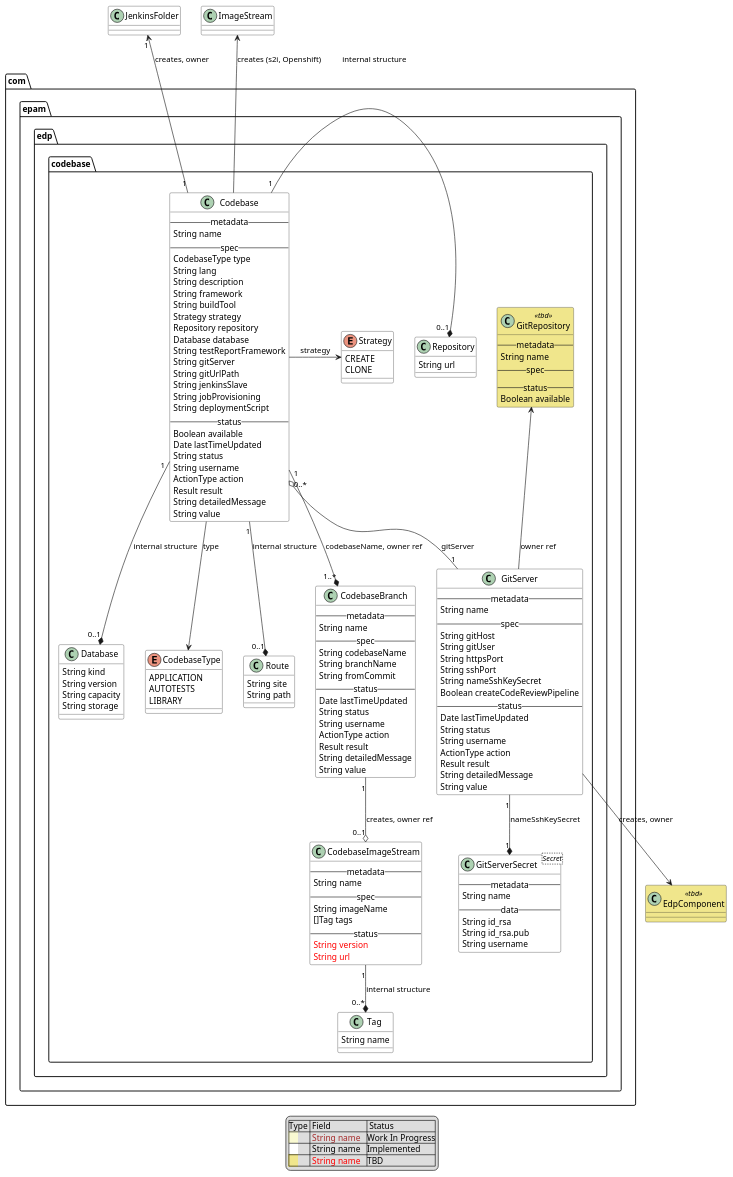
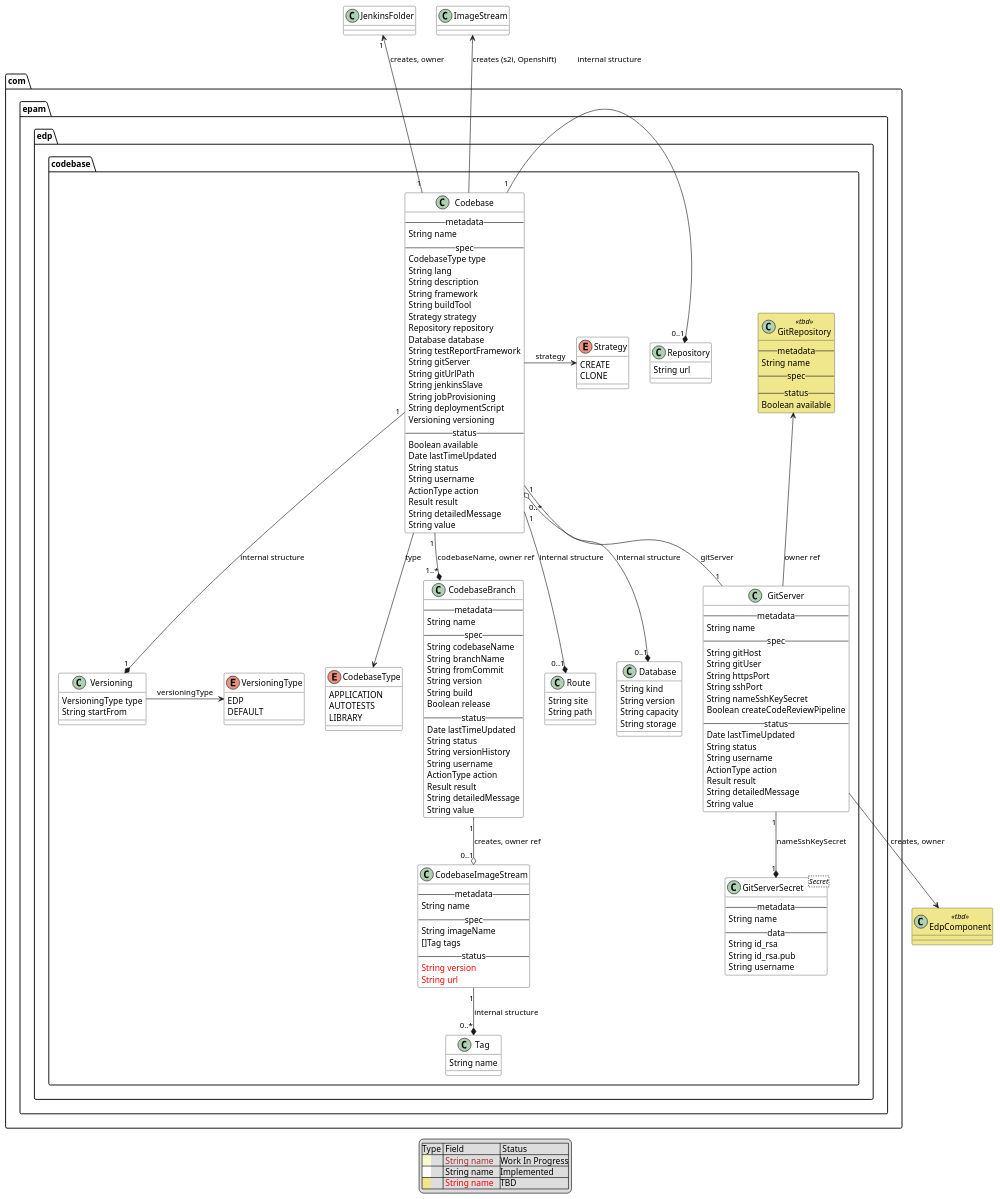
The diagram in documentation/puml/arch.puml (epam/edp-codebase-operator), drawn with PlantUML before and after one commit. The commit also changed 5 other files, not shown here.

Commit message:
[EPMDEDP-4775] Modify codebase and cbb specs to store release and release history

```diff
--- a/documentation/puml/arch.puml
+++ b/documentation/puml/arch.puml
@@ -1,164 +1,181 @@
 @startuml
 
 skinparam class {
     BackgroundColor #white
 	BackgroundColor<<wip>> LightGoldenRodYellow
 	BackgroundColor<<tbd>> Khaki
 }
 
 package com.epam.edp.codebase {
 
   class Codebase {
     -- metadata --
         String name
     -- spec --
         CodebaseType type
         String lang
         String description
         String framework
         String buildTool
         Strategy strategy
         Repository repository
         Database database
         String testReportFramework
         String gitServer
         String gitUrlPath
         String jenkinsSlave
         String jobProvisioning
         String deploymentScript
+        Versioning versioning
     -- status --
         Boolean available
         Date lastTimeUpdated
         String status
         String username
         ActionType action
         Result result
         String detailedMessage
         String value
   }
 
   Codebase -> Strategy : strategy
   enum Strategy {
     CREATE
     CLONE
   }
 
   Codebase --> CodebaseType : type
   enum CodebaseType {
     APPLICATION
     AUTOTESTS
     LIBRARY
   }
 
+  Versioning -> VersioningType : versioningType
+    enum VersioningType {
+      EDP
+      DEFAULT
+  }
+
   Codebase "1" -r-* "0..1" Repository : internal structure
   class Repository {
     String url
+  }
+
+  Codebase "1" --* "1" Versioning : internal structure
+    class Versioning {
+     VersioningType type
+     String startFrom
   }
 
   Codebase "1" --* "0..1" Route : internal structure
   class Route {
     String site
     String path
   }
 
   Codebase "1" --* "0..1" Database : internal structure
   class Database {
     String kind
     String version
     String capacity
     String storage
   }
 
   Codebase "1" --* "1..*" CodebaseBranch : codebaseName, owner ref
   class CodebaseBranch {
     -- metadata --
         String name
     -- spec --
         String codebaseName
         String branchName
         String fromCommit
+        String version
+        String build
+        Boolean release
     -- status --
         Date lastTimeUpdated
         String status
+        String versionHistory
         String username
         ActionType action
         Result result
         String detailedMessage
         String value
   }
 
   CodebaseBranch "1" --o "0..1" CodebaseImageStream : creates, owner ref
   class CodebaseImageStream {
     -- metadata --
         String name
     -- spec --
         String imageName
         []Tag tags
     -- status --
         <color red>String version</color>
         <color red>String url</color>
   }
 
   CodebaseImageStream "1" --* "0..*" Tag : internal structure
   class Tag {
     String name
   }
 
   Codebase "0..*" o-- "1" GitServer : gitServer
   class GitServer {
     -- metadata --
         String name
     -- spec --
         String gitHost
         String gitUser
         String httpsPort
         String sshPort
         String nameSshKeySecret
         Boolean createCodeReviewPipeline
     -- status --
         Date lastTimeUpdated
         String status
         String username
         ActionType action
         Result result
         String detailedMessage
         String value
   }
 
   GitServer "1" --* "1" GitServerSecret : nameSshKeySecret
   class GitServerSecret <Secret> {
     -- metadata --
       String name
     -- data --
       String id_rsa
       String id_rsa.pub
       String username
   }
 
   GitRepository <-- GitServer : owner ref
   class GitRepository <<tbd>> {
     -- metadata --
         String name
     -- spec --
     -- status --
         Boolean available
   }
 
 }
 
 class EdpComponent <<tbd>> {
 }
 
 GitServer --> EdpComponent : creates, owner
 Codebase -u-> ImageStream : creates (s2i, Openshift)
 Codebase "1" -u-> "1" JenkinsFolder : creates, owner
 
 legend
 |Type | Field | Status |
 |<back:LightGoldenRodYellow>    </back> | <color brown>String name</color>   |Work In Progress|
 |<back:white>    </back>| String name  |Implemented |
 |<back:Khaki>    </back>| <color red>String name</color>|TBD |
 endlegend
 
 
 @enduml
```
